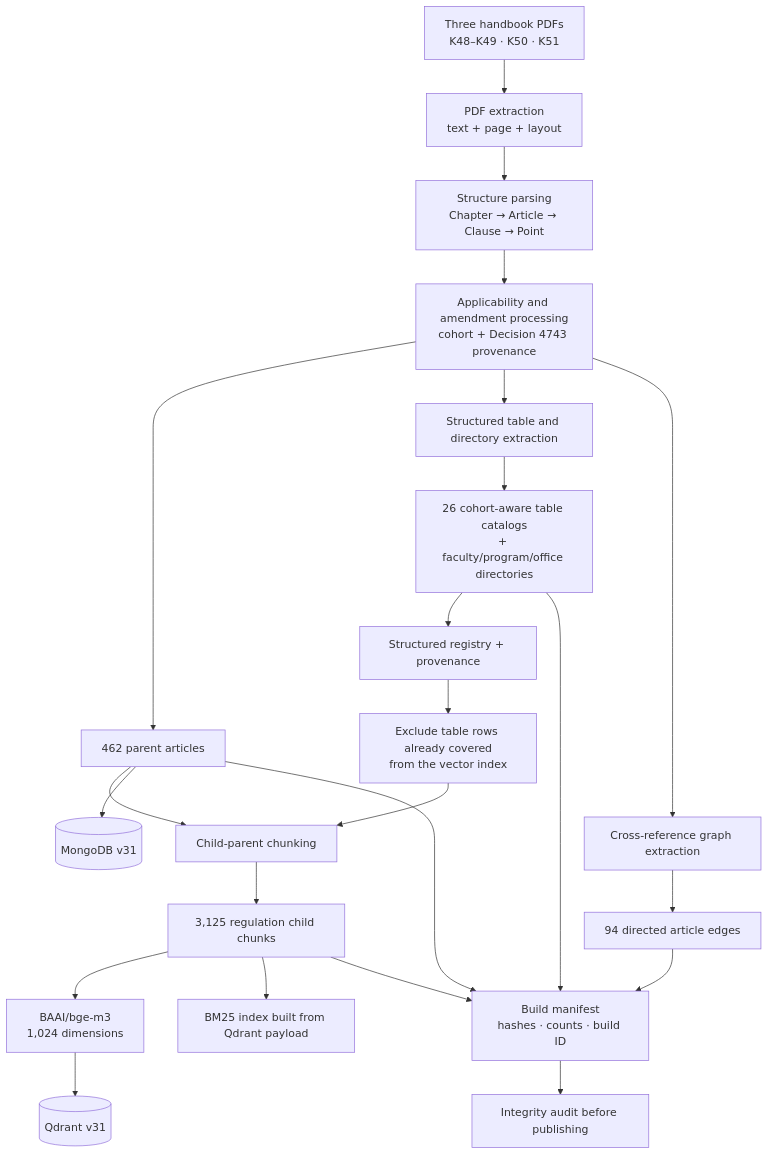
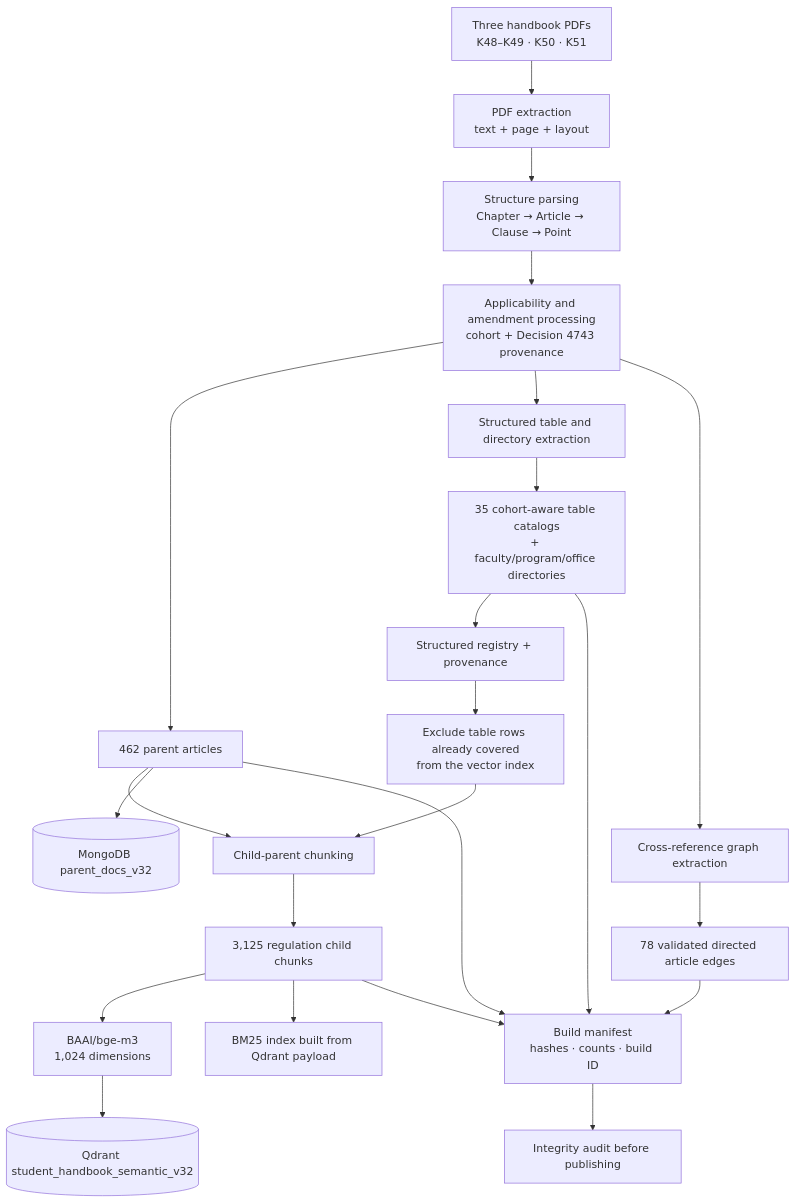
The second of 4 diagrams in README.md (AnhPhiNe/student-handbook-rag-chatbot), drawn with Mermaid before and after one commit. The commit also changed other lines of this file and 4 other files, not shown here.

Commit message:
docs: publish architecture v7 release evaluation

````diff
--- a/README.md
+++ b/README.md
@@ -63,30 +63,30 @@
 ```mermaid
 flowchart TD
     PDFs["Three handbook PDFs<br/>K48–K49 · K50 · K51"] --> Extract["PDF extraction<br/>text + page + layout"]
     Extract --> Parse["Structure parsing<br/>Chapter → Article → Clause → Point"]
     Parse --> Policy["Applicability and amendment processing<br/>cohort + Decision 4743 provenance"]
 
     Policy --> Parents["462 parent articles"]
     Policy --> TableExtract["Structured table and directory extraction"]
     Policy --> GraphExtract["Cross-reference graph extraction"]
 
-    TableExtract --> Catalogs["26 cohort-aware table catalogs<br/>+ faculty/program/office directories"]
+    TableExtract --> Catalogs["35 cohort-aware table catalogs<br/>+ faculty/program/office directories"]
     Catalogs --> Registry["Structured registry + provenance"]
 
     Parents --> Chunking["Child-parent chunking"]
     Registry --> Exclude["Exclude table rows already covered<br/>from the vector index"]
     Exclude --> Chunking
     Chunking --> Children["3,125 regulation child chunks"]
     Children --> Embedding["BAAI/bge-m3<br/>1,024 dimensions"]
 
-    Parents --> Mongo[("MongoDB v31")]
-    Embedding --> Qdrant[("Qdrant v31")]
+    Parents --> Mongo[("MongoDB parent_docs_v32")]
+    Embedding --> Qdrant[("Qdrant student_handbook_semantic_v32")]
     Children --> BM25["BM25 index built from Qdrant payload"]
-    GraphExtract --> Graph["94 directed article edges"]
+    GraphExtract --> Graph["78 validated directed article edges"]
 
     Parents --> Manifest["Build manifest<br/>hashes · counts · build ID"]
     Catalogs --> Manifest
     Children --> Manifest
     Graph --> Manifest
     Manifest --> Audit["Integrity audit before publishing"]
 ```
````
